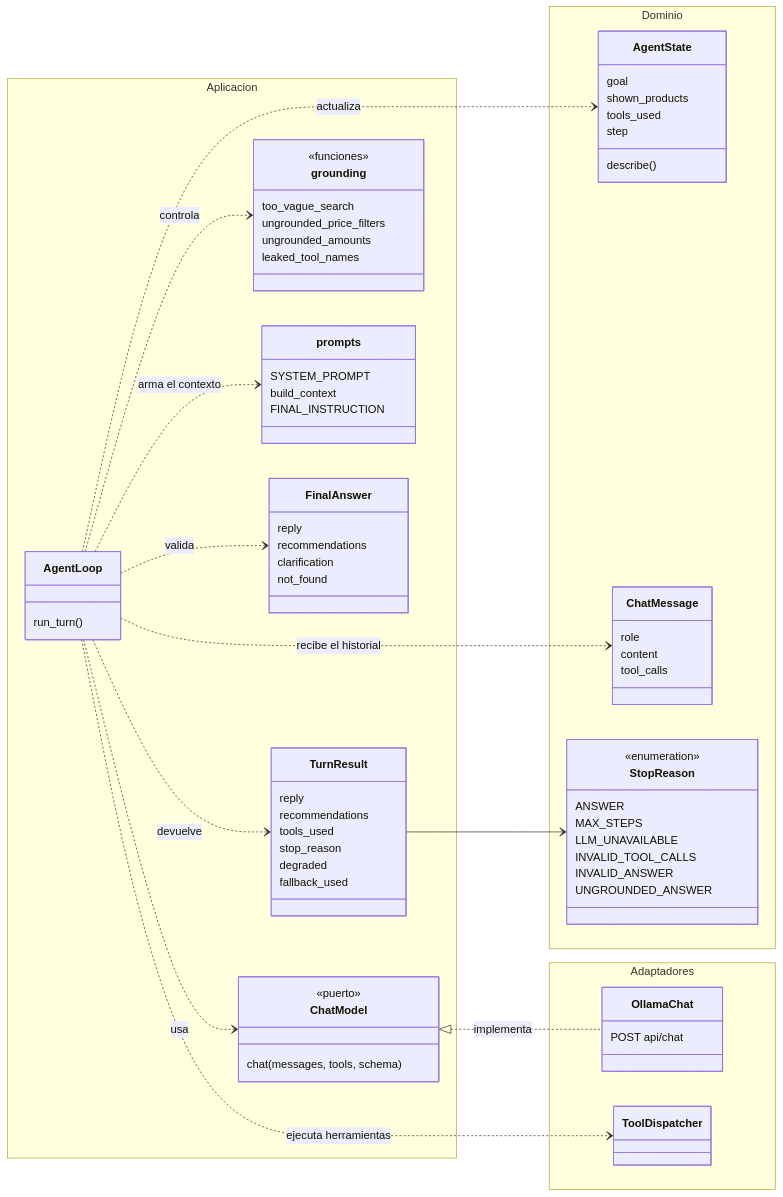
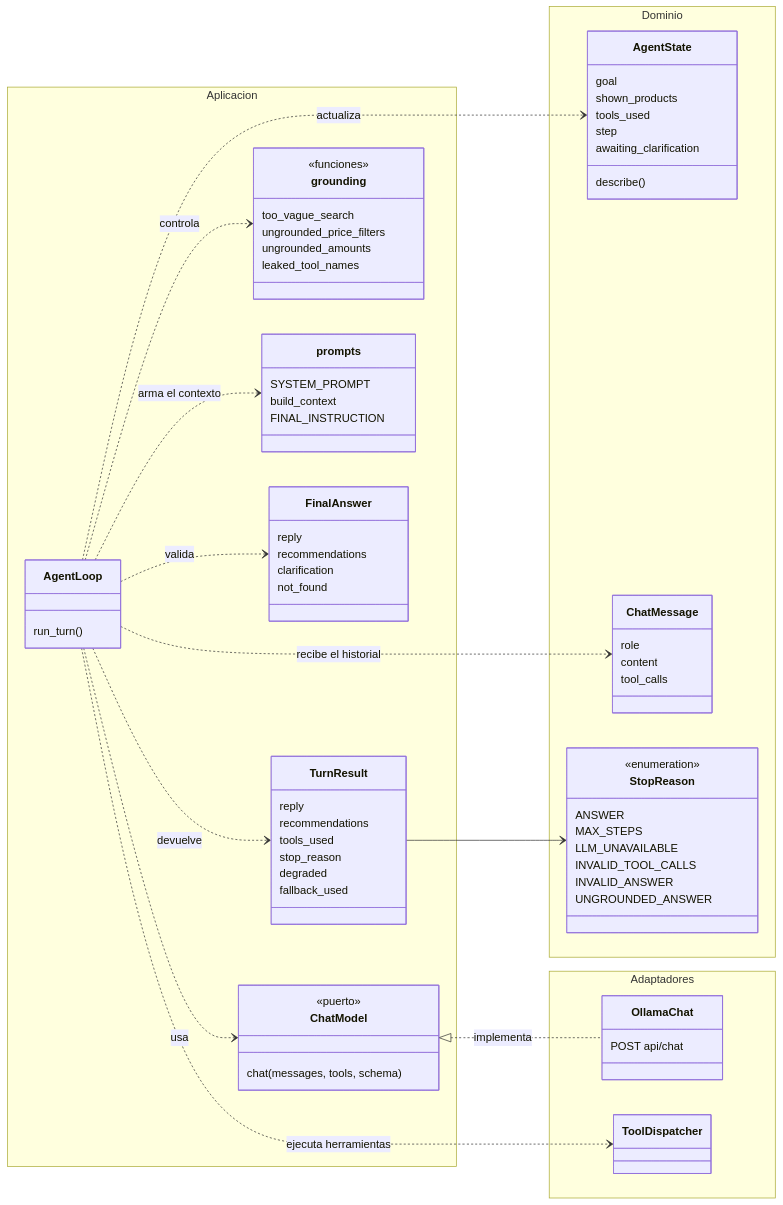
One commit to Saikus08/mercanova-ai-assistant changed the fourth of 4 diagrams in docs/diagrams/agent-flow.md. Above: the diagram before and after it, drawn with Mermaid. The commit also changed other lines of this file and 4 other files, not shown here.

```diff
--- a/docs/diagrams/agent-flow.md
+++ b/docs/diagrams/agent-flow.md
@@ -90,6 +95,7 @@
             shown_products
             tools_used
             step
+            awaiting_clarification
             describe()
         }
         class ChatMessage {
```
